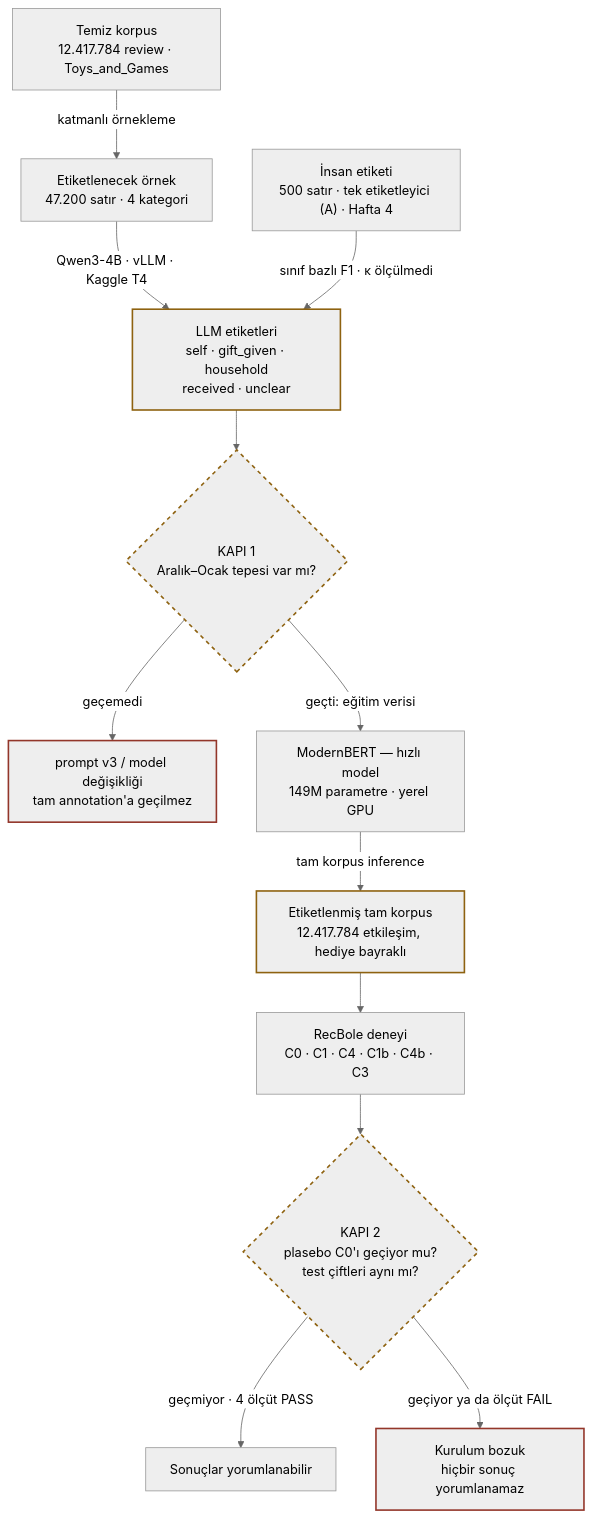
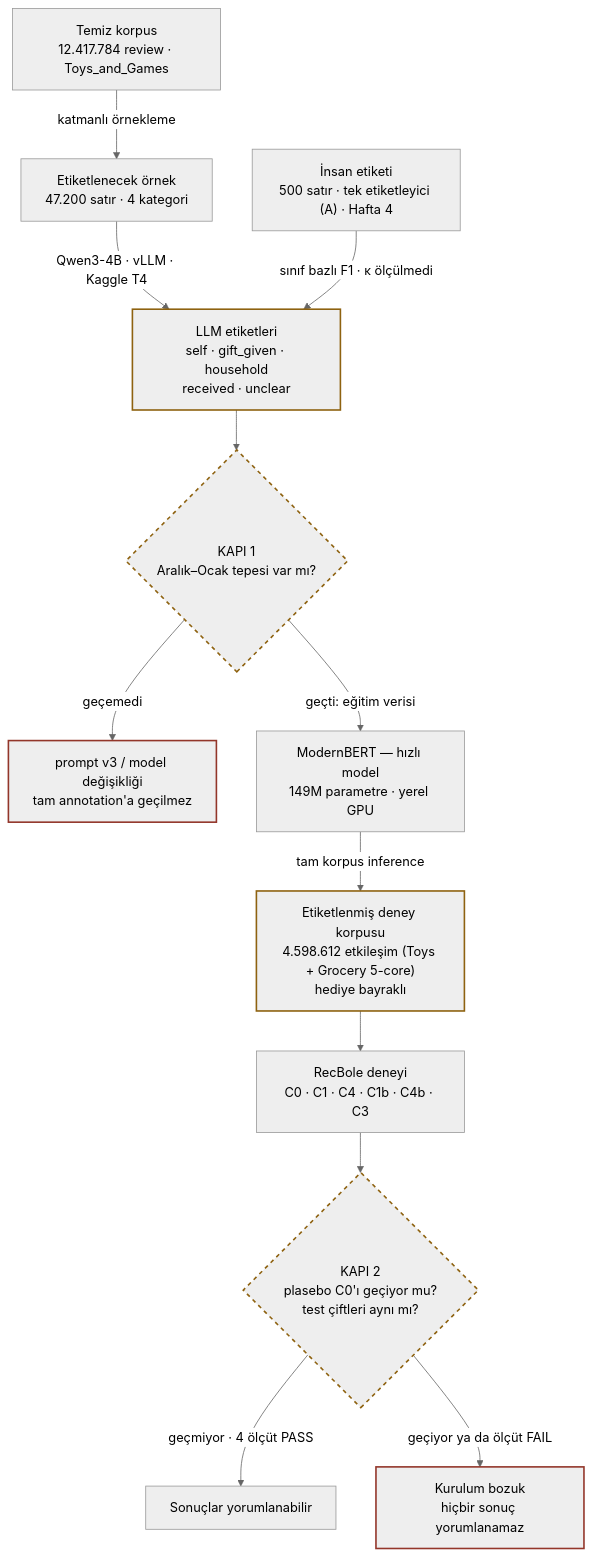
The diagram in repo/docs/GENEL_BAKIS.md (edasaruhan/SIC_AI_17_Capstone_Group_2), drawn with Mermaid (neutral theme) before and after one commit. The commit also changed other lines of this file and 39 other files, not shown here.

````diff
--- a/repo/docs/GENEL_BAKIS.md
+++ b/repo/docs/GENEL_BAKIS.md
@@ -78,34 +78,34 @@
 ```mermaid
 flowchart TD
     A["Temiz korpus<br/>12.417.784 review · Toys_and_Games"]
     B["Etiketlenecek örnek<br/>47.200 satır · 4 kategori"]
     C["LLM etiketleri<br/>self · gift_given · household<br/>received · unclear"]
     H["İnsan etiketi<br/>500 satır · tek etiketleyici (A) · Hafta 4"]
     G1{"KAPI 1<br/>Aralık–Ocak tepesi var mı?"}
     P["prompt v3 / model değişikliği<br/>tam annotation'a geçilmez"]
     D["ModernBERT — hızlı model<br/>149M parametre · yerel GPU"]
-    E["Etiketlenmiş tam korpus<br/>12.417.784 etkileşim, hediye bayraklı"]
+    E["Etiketlenmiş deney korpusu<br/>4.598.612 etkileşim (Toys + Grocery 5-core)<br/>hediye bayraklı"]
     F["RecBole deneyi<br/>C0 · C1 · C4 · C1b · C4b · C3"]
     G2{"KAPI 2<br/>plasebo C0'ı geçiyor mu?<br/>test çiftleri aynı mı?"}
     R["Sonuçlar yorumlanabilir"]
     INV["Kurulum bozuk<br/>hiçbir sonuç yorumlanamaz"]
 
     A -->|"katmanlı örnekleme"| B
     B -->|"Qwen3-4B · vLLM · Kaggle T4"| C
     H -->|"sınıf bazlı F1 · κ ölçülmedi"| C
     C --> G1
     G1 -->|"geçti: eğitim verisi"| D
     G1 -->|"geçemedi"| P
     D -->|"tam korpus inference"| E
     E --> F
     F --> G2
     G2 -->|"geçmiyor · 4 ölçüt PASS"| R
     G2 -->|"geçiyor ya da ölçüt FAIL"| INV
 
     classDef gift stroke:#8E6210,stroke-width:2px
     classDef gate stroke:#8E6210,stroke-width:2px,stroke-dasharray:5
     classDef stop stroke:#93362A,stroke-width:2px
     class C,E gift
     class G1,G2 gate
     class P,INV stop
 ```
````
